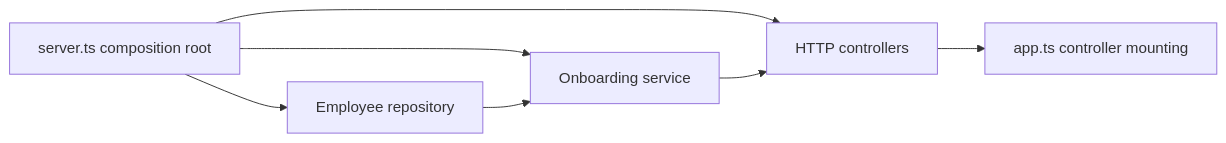
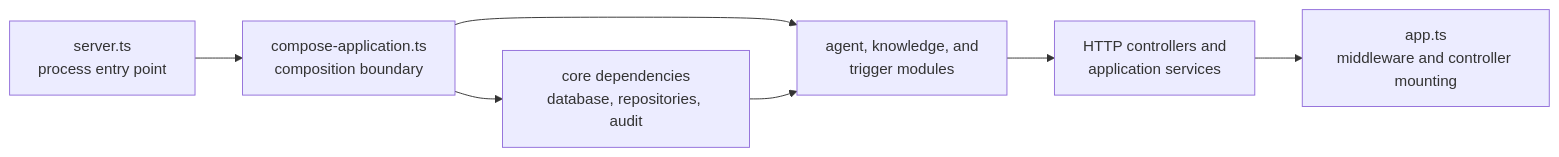
The second of 2 diagrams in docs/architecture.md (ramioooz/hcm-agentic-llmops), drawn with Mermaid before and after one commit. The commit also changed other lines of this file and 41 other files, not shown here.

````diff
--- a/docs/architecture.md
+++ b/docs/architecture.md
@@ -69,9 +69,9 @@
 ```mermaid
 flowchart LR
-    SERVER["server.ts composition root"] --> REPO["Employee repository"]
-    SERVER --> SERVICE["Onboarding service"]
-    SERVER --> CONTROLLERS["HTTP controllers"]
-    REPO --> SERVICE
-    SERVICE --> CONTROLLERS
-    CONTROLLERS --> APP["app.ts controller mounting"]
+    SERVER["server.ts<br/>process entry point"] --> COMPOSE["compose-application.ts<br/>composition boundary"]
+    COMPOSE --> CORE["core dependencies<br/>database, repositories, audit"]
+    COMPOSE --> MODULES["agent, knowledge, and<br/>trigger modules"]
+    CORE --> MODULES
+    MODULES --> CONTROLLERS["HTTP controllers and<br/>application services"]
+    CONTROLLERS --> APP["app.ts<br/>middleware and controller mounting"]
 ```
````
